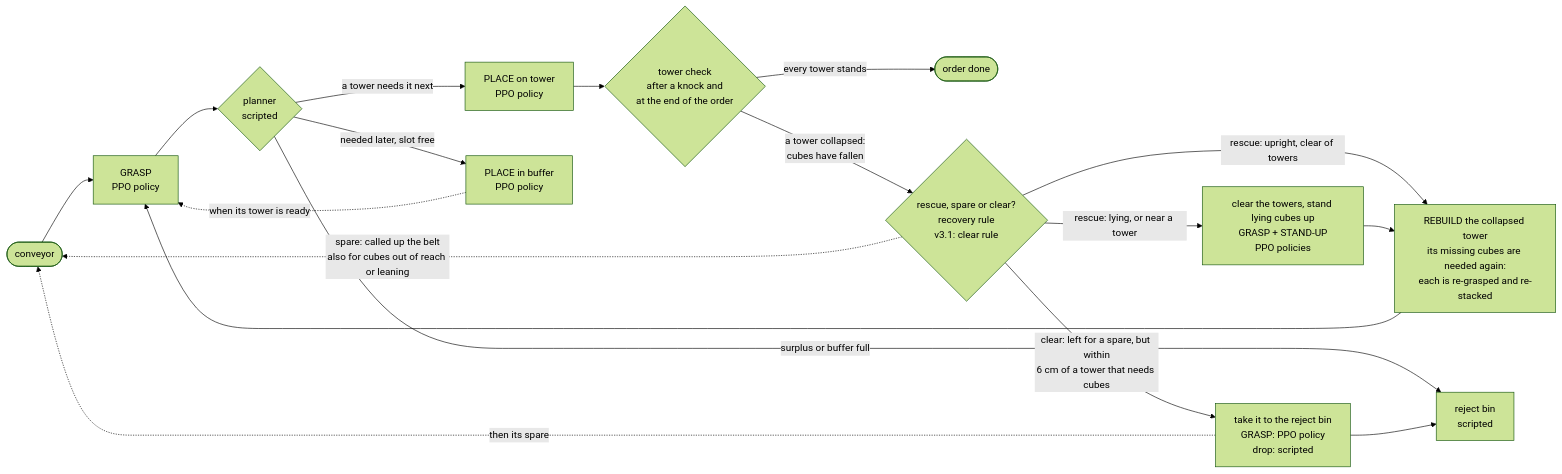
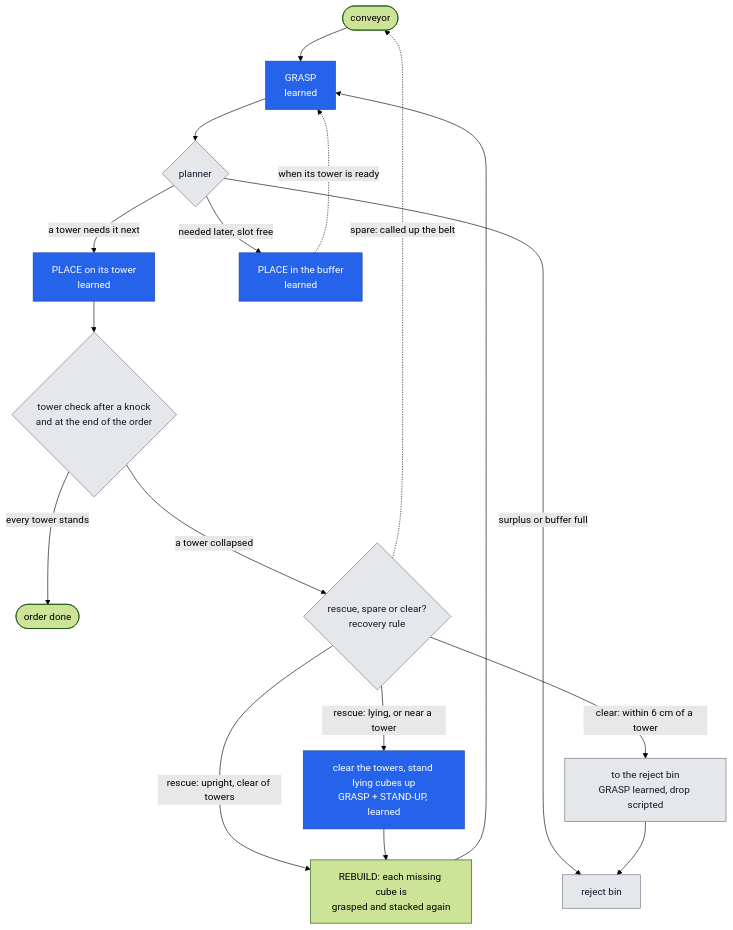
Before and after one commit to Abdullah-Muz/polypanda: the fifth of 5 diagrams in README.md, drawn with Mermaid (forest theme). The commit also changed other lines of this file, not shown here.

Commit message:
README: How it works redrawn top-down: the v4.1 test cell, how each learned skill is made, inside the learned insertion; v4.0 line and v3 cell (redrawn) under a collapsed Earlier systems section; learned steps blue, scripted grey

````diff
--- a/README.md
+++ b/README.md
@@ -145,20 +223,23 @@
 ```mermaid
-flowchart LR
-    I([conveyor]) --> G[GRASP<br/>PPO policy]
-    G --> P{planner<br/>scripted}
-    P -- "a tower needs it next" --> T[PLACE on tower<br/>PPO policy]
-    P -- "needed later, slot free" --> B[PLACE in buffer<br/>PPO policy]
-    P -- "surplus or buffer full" --> R[reject bin<br/>scripted]
+flowchart TD
+    I([conveyor]) --> G[GRASP<br/>learned]
+    G --> P{planner}
+    P -- "a tower needs it next" --> T[PLACE on its tower<br/>learned]
+    P -- "needed later, slot free" --> B[PLACE in the buffer<br/>learned]
+    P -- "surplus or buffer full" --> R[reject bin]
     B -. "when its tower is ready" .-> G
-    T --> C{tower check<br/>after a knock and<br/>at the end of the order}
+    T --> C{tower check after a knock<br/>and at the end of the order}
     C -- "every tower stands" --> D([order done])
-    C -- "a tower collapsed:<br/>cubes have fallen" --> Q{rescue, spare or clear?<br/>recovery rule<br/>v3.1: clear rule}
-    Q -- "rescue: lying, or near a tower" --> S[clear the towers, stand lying cubes up<br/>GRASP + STAND-UP<br/>PPO policies]
+    C -- "a tower collapsed" --> Q{rescue, spare or clear?<br/>recovery rule}
+    Q -- "rescue: lying, or near a tower" --> S[clear the towers, stand lying cubes up<br/>GRASP + STAND-UP, learned]
     Q -- "rescue: upright, clear of towers" --> RB
-    S --> RB[REBUILD the collapsed tower<br/>its missing cubes are needed again:<br/>each is re-grasped and re-stacked]
+    S --> RB[REBUILD: each missing cube is<br/>grasped and stacked again]
     RB --> G
-    Q -- "clear: left for a spare, but within<br/>6 cm of a tower that needs cubes" --> X[take it to the reject bin<br/>GRASP: PPO policy<br/>drop: scripted]
+    Q -- "clear: within 6 cm of a tower" --> X[to the reject bin<br/>GRASP learned, drop scripted]
     X --> R
-    X -. "then its spare" .-> I
-    Q -. "spare: called up the belt<br/>also for cubes out of reach or leaning" .-> I
+    Q -. "spare: called up the belt" .-> I
+    classDef learned fill:#2563eb,stroke:#1e40af,color:#ffffff
+    classDef scripted fill:#e5e7eb,stroke:#6b7280,color:#111827
+    class G,T,B,S learned
+    class P,C,Q,R,X scripted
 ```
````
